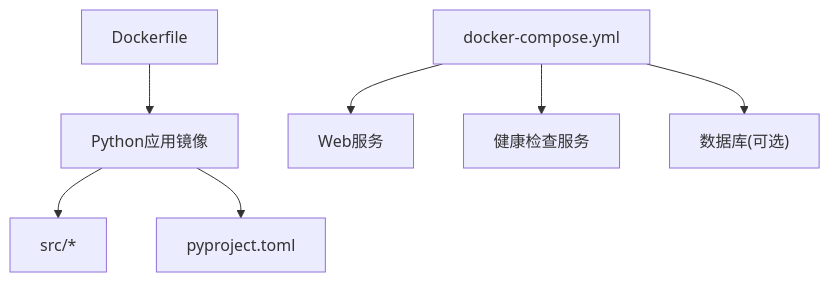
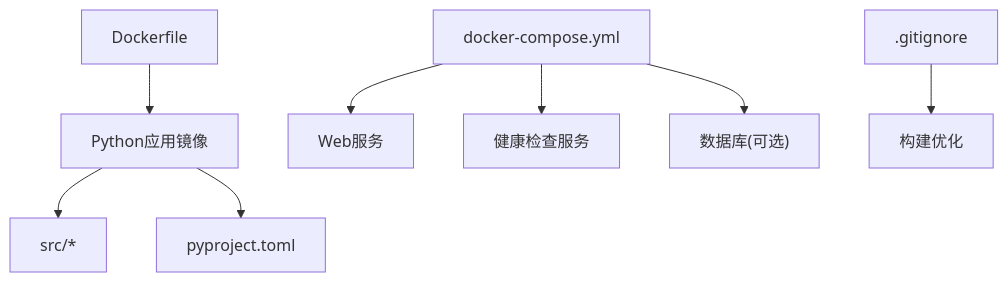
The first of 3 diagrams in .qoder/repowiki/zh/content/安装与部署/Docker部署.md (Yyyyyylor/monitor1), drawn with Mermaid before and after one commit. The commit also changed other lines of this file and 16 other files, not shown here.

````diff
--- a/.qoder/repowiki/zh/content/安装与部署/Docker部署.md
+++ b/.qoder/repowiki/zh/content/安装与部署/Docker部署.md
@@ -46,9 +55,10 @@
 ```mermaid
 graph TB
 A["Dockerfile"] --> B["Python应用镜像"]
 C["docker-compose.yml"] --> D["Web服务"]
 C --> E["健康检查服务"]
 C --> F["数据库(可选)"]
 B --> G["src/*"]
 B --> H["pyproject.toml"]
+I[".gitignore"] --> J["构建优化"]
 ```
````
